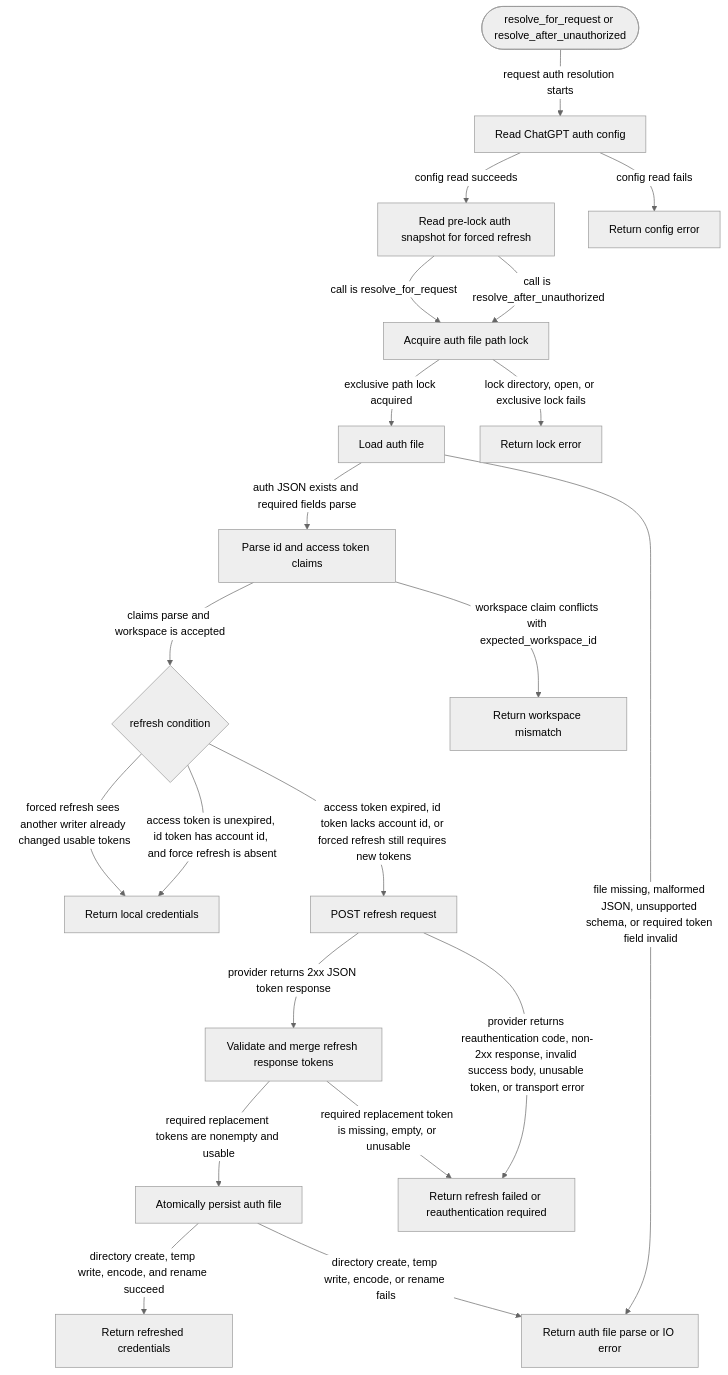
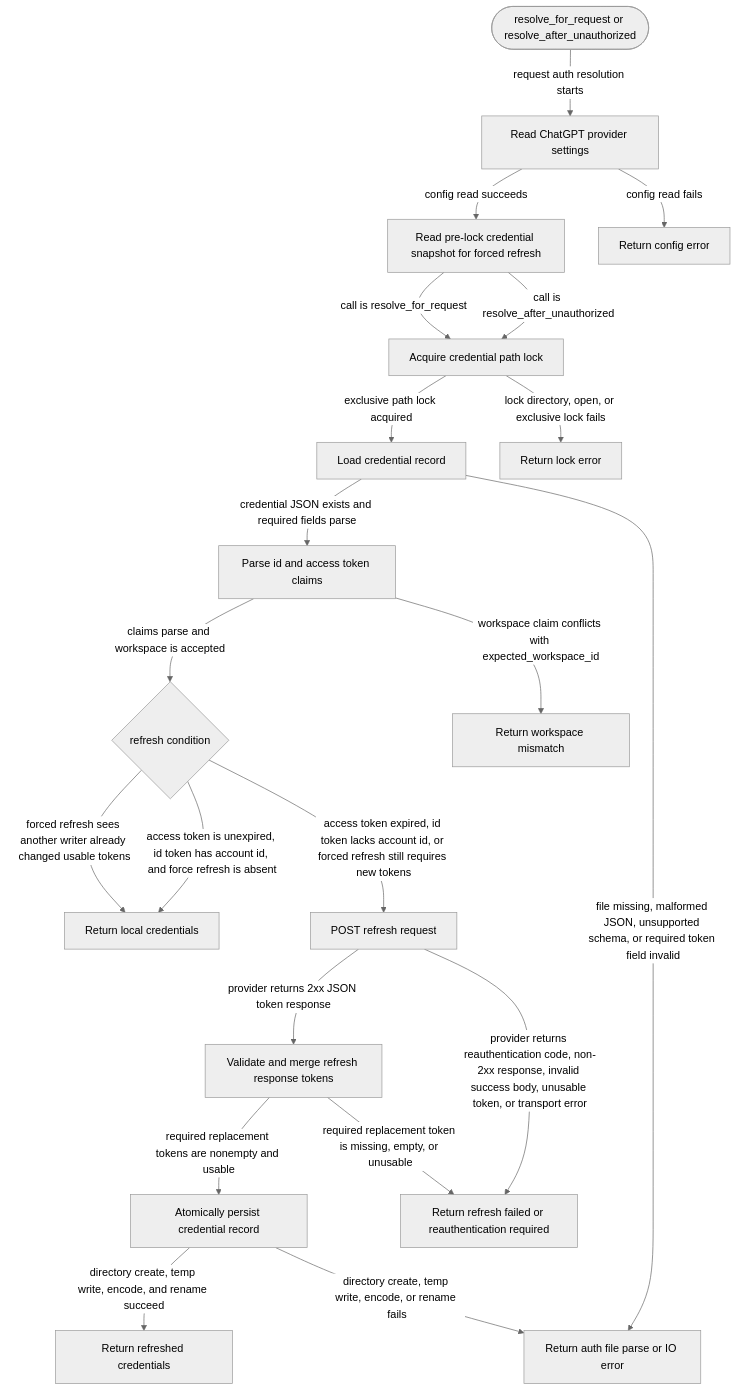
One commit to JiaJunDeng5930/Selvedge changed the diagram in crates/chatgpt-auth/README.md. Above: the diagram before and after it, drawn with Mermaid (neutral theme). The commit also changed other lines of this file and 40 other files, not shown here.

````diff
--- a/crates/chatgpt-auth/README.md
+++ b/crates/chatgpt-auth/README.md
@@ -25,41 +26,41 @@
 ```mermaid
 flowchart TD
   Start([resolve_for_request or resolve_after_unauthorized])
-  LoadConfig[Read ChatGPT auth config]
-  LoadHint[Read pre-lock auth snapshot for forced refresh]
-  Lock[Acquire auth file path lock]
-  LoadFile[Load auth file]
+  LoadConfig[Read ChatGPT provider settings]
+  LoadHint[Read pre-lock credential snapshot for forced refresh]
+  Lock[Acquire credential path lock]
+  LoadFile[Load credential record]
   ParseClaims[Parse id and access token claims]
   Decide{refresh condition}
   ReturnLocal[Return local credentials]
   Refresh[POST refresh request]
   Merge[Validate and merge refresh response tokens]
-  Persist[Atomically persist auth file]
+  Persist[Atomically persist credential record]
   ReturnRefreshed[Return refreshed credentials]
   ConfigError[Return config error]
   FileError[Return auth file parse or IO error]
   LockError[Return lock error]
   WorkspaceError[Return workspace mismatch]
   RefreshError[Return refresh failed or reauthentication required]
 
   Start -->|request auth resolution starts| LoadConfig
   LoadConfig -->|config read succeeds| LoadHint
   LoadConfig -->|config read fails| ConfigError
   LoadHint -->|call is resolve_after_unauthorized| Lock
   LoadHint -->|call is resolve_for_request| Lock
   Lock -->|exclusive path lock acquired| LoadFile
   Lock -->|lock directory, open, or exclusive lock fails| LockError
-  LoadFile -->|auth JSON exists and required fields parse| ParseClaims
+  LoadFile -->|credential JSON exists and required fields parse| ParseClaims
   LoadFile -->|file missing, malformed JSON, unsupported schema, or required token field invalid| FileError
   ParseClaims -->|workspace claim conflicts with expected_workspace_id| WorkspaceError
   ParseClaims -->|claims parse and workspace is accepted| Decide
   Decide -->|access token is unexpired, id token has account id, and force refresh is absent| ReturnLocal
   Decide -->|access token expired, id token lacks account id, or forced refresh still requires new tokens| Refresh
   Decide -->|forced refresh sees another writer already changed usable tokens| ReturnLocal
   Refresh -->|provider returns 2xx JSON token response| Merge
   Refresh -->|provider returns reauthentication code, non-2xx response, invalid success body, unusable token, or transport error| RefreshError
   Merge -->|required replacement tokens are nonempty and usable| Persist
   Merge -->|required replacement token is missing, empty, or unusable| RefreshError
   Persist -->|directory create, temp write, encode, and rename succeed| ReturnRefreshed
   Persist -->|directory create, temp write, encode, or rename fails| FileError
 ```
````
